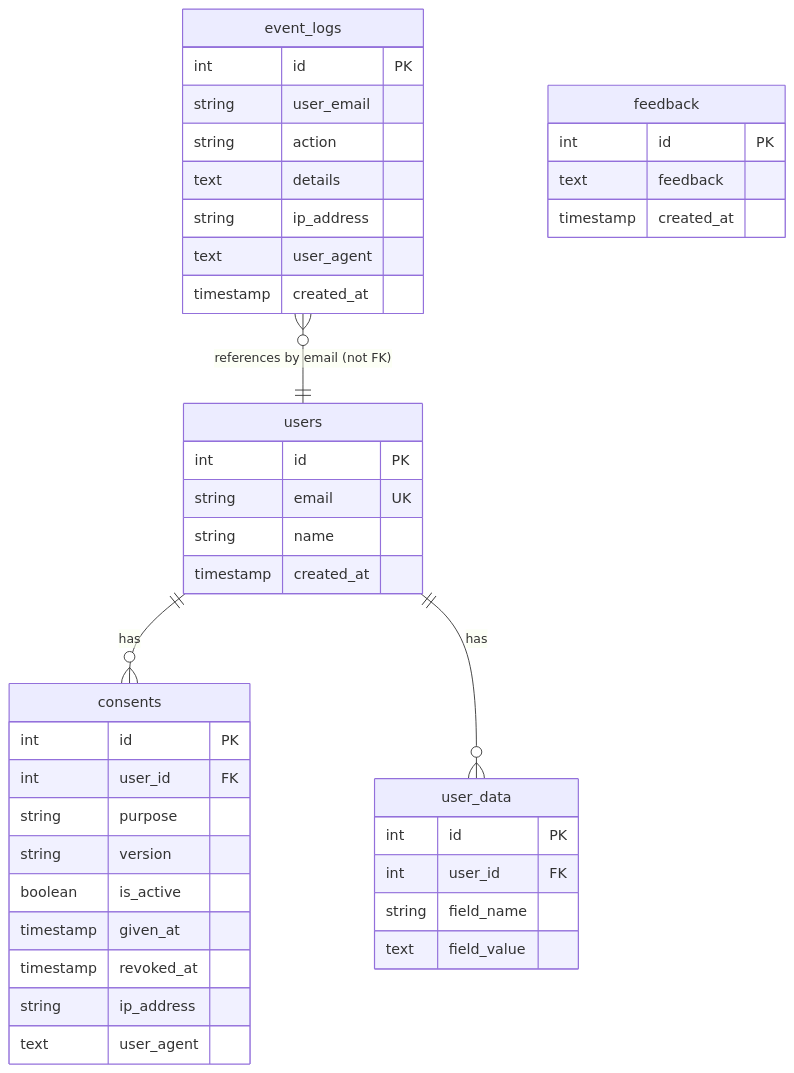
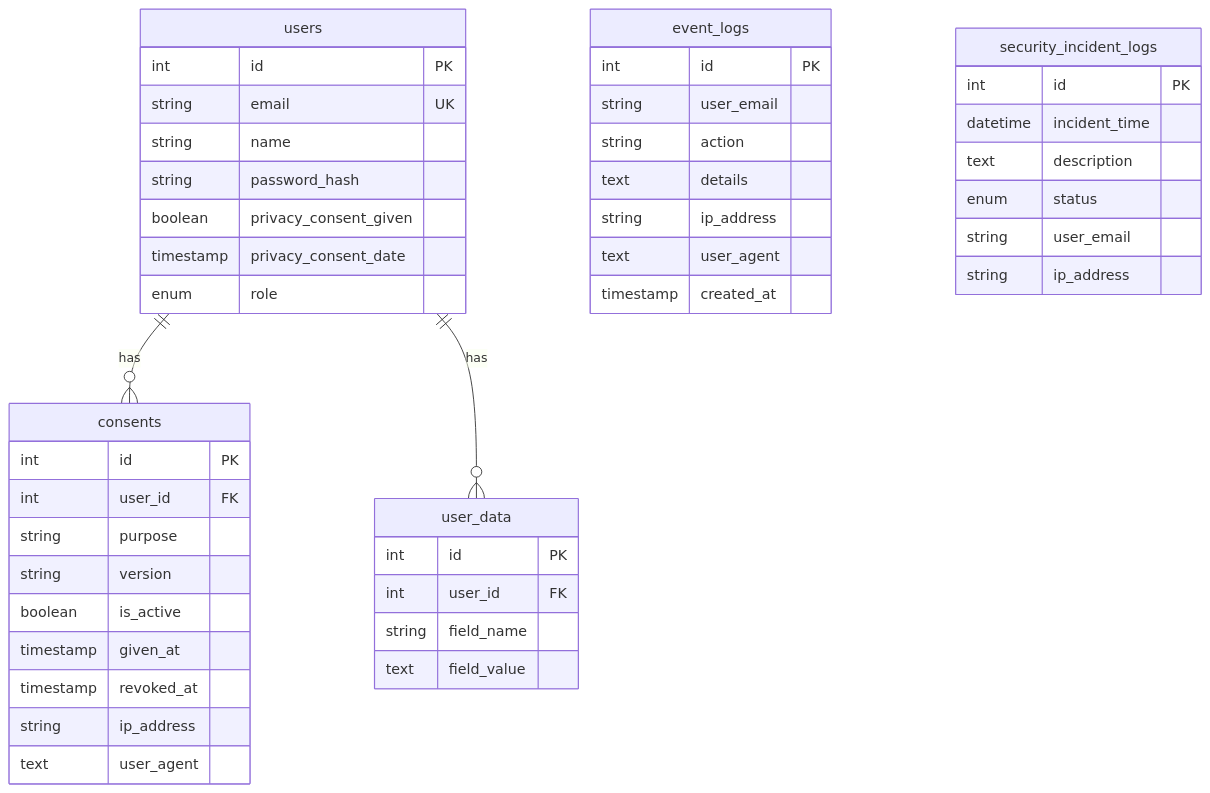
Before and after one commit to Andrew-Dmw/TESTSITE: the second of 5 diagrams in README.md, drawn with Mermaid. The commit also changed other lines of this file and 7 other files, not shown here.

````diff
--- a/README.md
+++ b/README.md
@@ -201,43 +209,48 @@
 ```mermaid
-erDiagram
-    users {
-        int id PK
-        string email UK
-        string name
-        timestamp created_at
-    }
-    consents {
-        int id PK
-        int user_id FK
-        string purpose
-        string version
-        boolean is_active
-        timestamp given_at
-        timestamp revoked_at
-        string ip_address
-        text user_agent
-    }
-    event_logs {
-        int id PK
-        string user_email
-        string action
-        text details
-        string ip_address
-        text user_agent
-        timestamp created_at
-    }
-    user_data {
-        int id PK
-        int user_id FK
-        string field_name
-        text field_value
-    }
-    feedback {
-        int id PK
-        text feedback
-        timestamp created_at
-    }
-    users ||--o{ consents : has
-    users ||--o{ user_data : has
-    event_logs }o--|| users : "references by email (not FK)"
+    erDiagram
+        users {
+            int id PK
+            string email UK
+            string name
+            string password_hash
+            boolean privacy_consent_given
+            timestamp privacy_consent_date
+            enum role
+        }
+        consents {
+            int id PK
+            int user_id FK
+            string purpose
+            string version
+            boolean is_active
+            timestamp given_at
+            timestamp revoked_at
+            string ip_address
+            text user_agent
+        }
+        event_logs {
+            int id PK
+            string user_email
+            string action
+            text details
+            string ip_address
+            text user_agent
+            timestamp created_at
+        }
+        user_data {
+            int id PK
+            int user_id FK
+            string field_name
+            text field_value
+        }
+        security_incident_logs {
+            int id PK
+            datetime incident_time
+            text description
+            enum status
+            string user_email
+            string ip_address
+        }
+        users ||--o{ consents : has
+        users ||--o{ user_data : has
 ```
````
